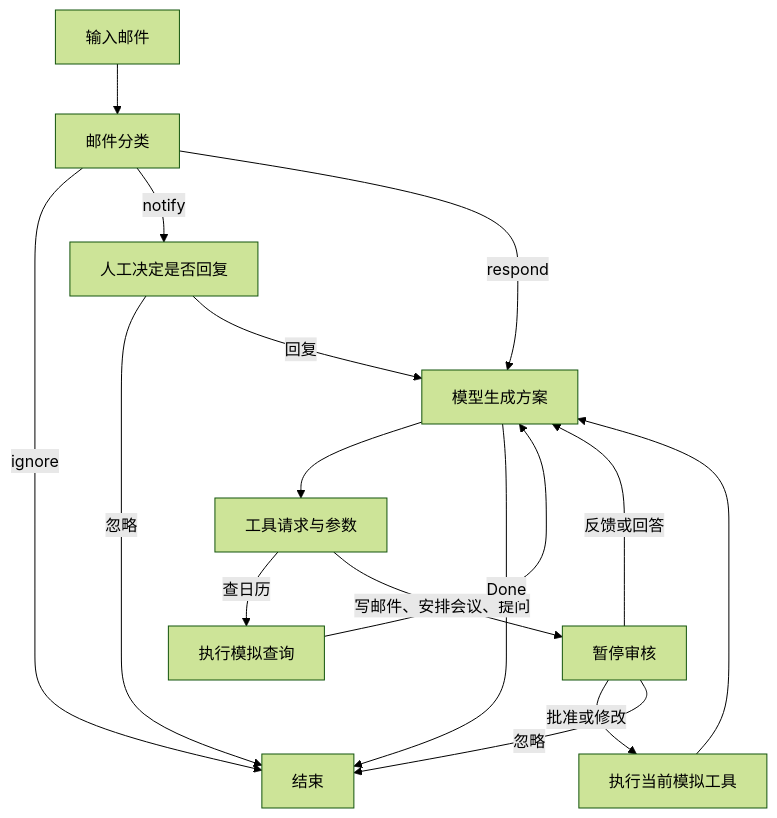
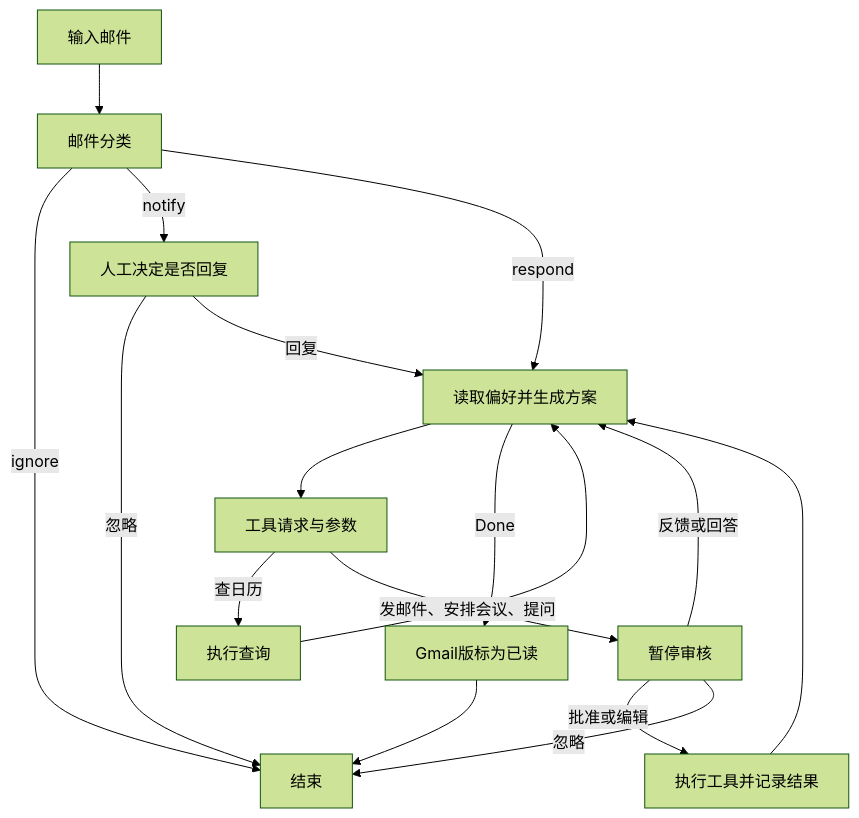
One commit to Daredevil3210/mailflow-agent changed the diagram in README.md. Above: the diagram before and after it, drawn with Mermaid (forest theme). The commit also changed other lines of this file and 20 other files, not shown here.

````diff
--- a/README.md
+++ b/README.md
@@ -27,18 +24,19 @@
 ```mermaid
 flowchart TD
     A[输入邮件] --> B[邮件分类]
     B -->|ignore| Z[结束]
     B -->|notify| C[人工决定是否回复]
     C -->|忽略| Z
-    C -->|回复| D[模型生成方案]
+    C -->|回复| D[读取偏好并生成方案]
     B -->|respond| D
     D --> E[工具请求与参数]
-    E -->|查日历| F[执行模拟查询]
+    E -->|查日历| F[执行查询]
     F --> D
-    E -->|写邮件、安排会议、提问| G[暂停审核]
+    E -->|发邮件、安排会议、提问| G[暂停审核]
     G -->|反馈或回答| D
-    G -->|批准或修改| H[执行当前模拟工具]
+    G -->|批准或编辑| H[执行工具并记录结果]
     H --> D
     G -->|忽略| Z
-    D -->|Done| Z
+    D -->|Done| I[Gmail版标为已读]
+    I --> Z
 ```
````
